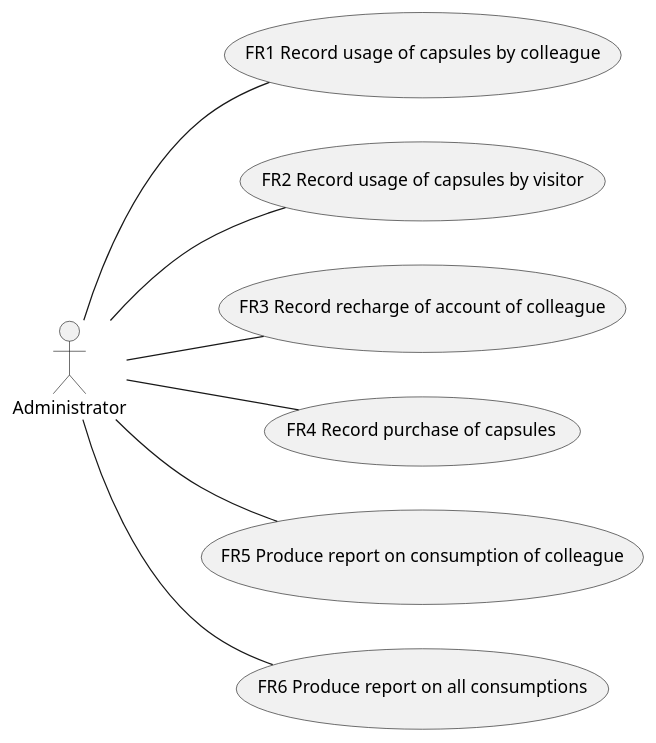
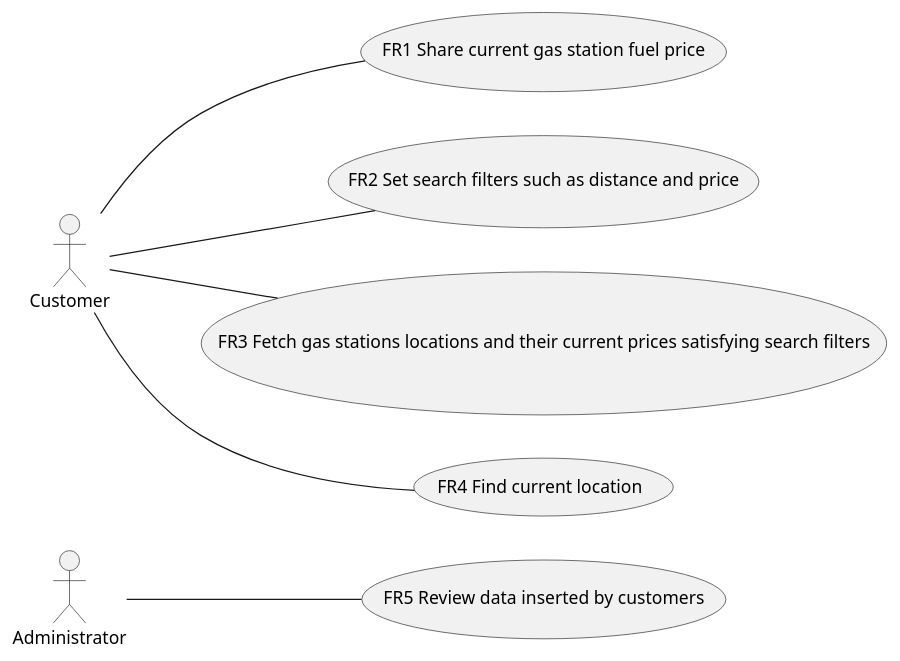
The second of 5 diagrams in REQ_s274148.md (SoftengPoliTo/Lab2), drawn with PlantUML before and after one commit. The commit also changed other lines of this file, not shown here.

Commit message:
UML: add partial UML code

````diff
--- a/REQ_s274148.md
+++ b/REQ_s274148.md
@@ -96,10 +98,10 @@
 ```plantuml
 left to right direction
 actor Administrator as a
-a -- (FR1  Record usage of capsules by colleague)
-a -- (FR2 Record usage of capsules by visitor)
-a -- (FR3 Record recharge of account of colleague)
-a -- (FR4 Record purchase of capsules)
-a -- (FR5 Produce report on consumption of colleague)
-a -- (FR6 Produce report on all consumptions)
+actor Customer as b
+b -- (FR1 Share current gas station fuel price)
+b -- (FR2 Set search filters such as distance and price)
+b -- (FR3 Fetch gas stations locations and their current prices satisfying search filters) 
+b -- (FR4 Find current location)
+a -- (FR5 Review data inserted by customers)
 ```
````
